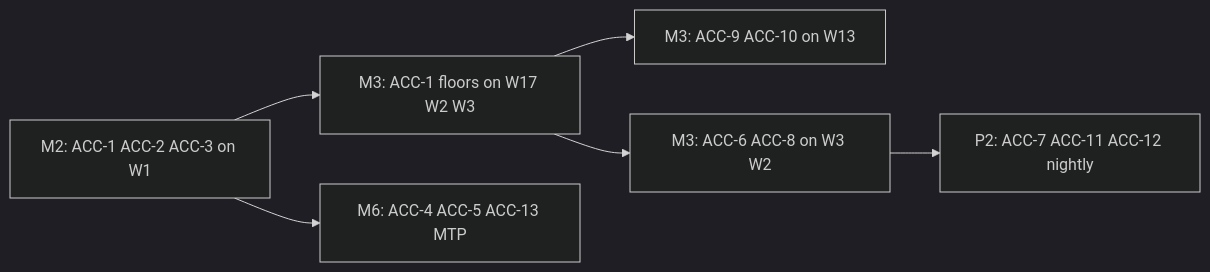
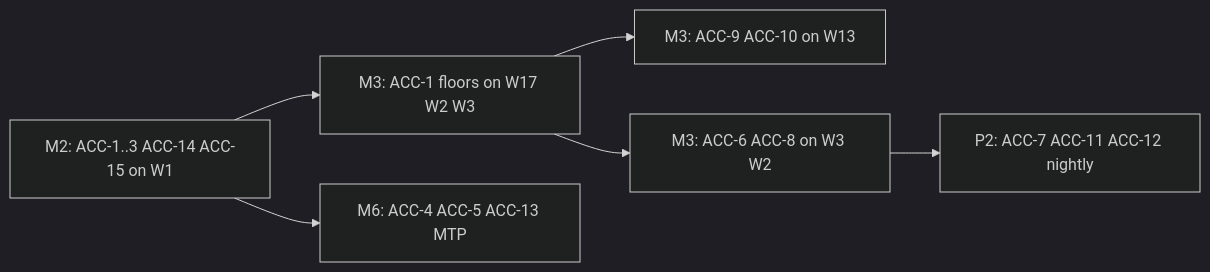
The diagram in plans/atom-accuracy-test-catalog.md (ROCm/cvs), drawn with Mermaid (dark theme) before and after one commit. The commit also changed other lines of this file and 4 other files, not shown here.

````diff
--- a/plans/atom-accuracy-test-catalog.md
+++ b/plans/atom-accuracy-test-catalog.md
@@ -123,13 +151,13 @@
 ```mermaid
 flowchart LR
-  M2["M2: ACC-1 ACC-2 ACC-3 on W1"]
+  M2["M2: ACC-1..3 ACC-14 ACC-15 on W1"]
   M3a["M3: ACC-1 floors on W17 W2 W3"]
   M3b["M3: ACC-9 ACC-10 on W13"]
   M3c["M3: ACC-6 ACC-8 on W3 W2"]
   M6["M6: ACC-4 ACC-5 ACC-13 MTP"]
   P2["P2: ACC-7 ACC-11 ACC-12 nightly"]
   M2 --> M3a --> M3b
   M3a --> M3c
   M2 --> M6
   M3c --> P2
 ```
````
